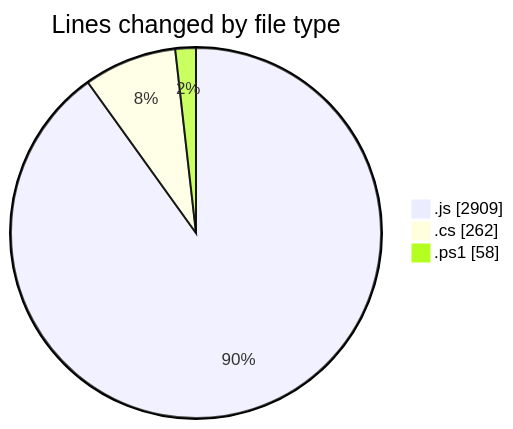
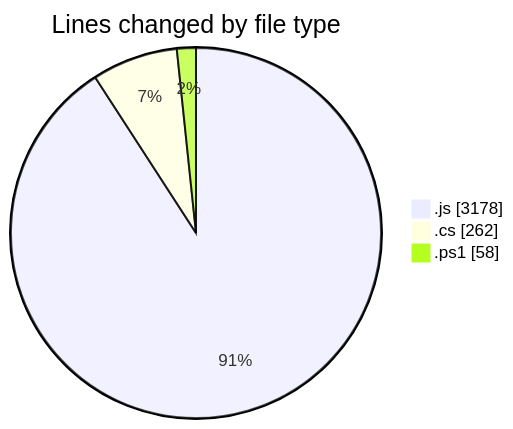
The first of 2 diagrams in 2026-02-17/bot_v1_2/README.md (becaeroporto-bot/code-tracking), drawn with Mermaid before and after one commit. The commit also changed other lines of this file and 1 other file, not shown here.

````diff
--- a/2026-02-17/bot_v1_2/README.md
+++ b/2026-02-17/bot_v1_2/README.md
@@ -25,7 +26,7 @@
 ```mermaid
 pie showData
 title Lines changed by file type
-".js" : 2909
+".js" : 3178
 ".cs" : 262
 ".ps1" : 58
 ```
````
